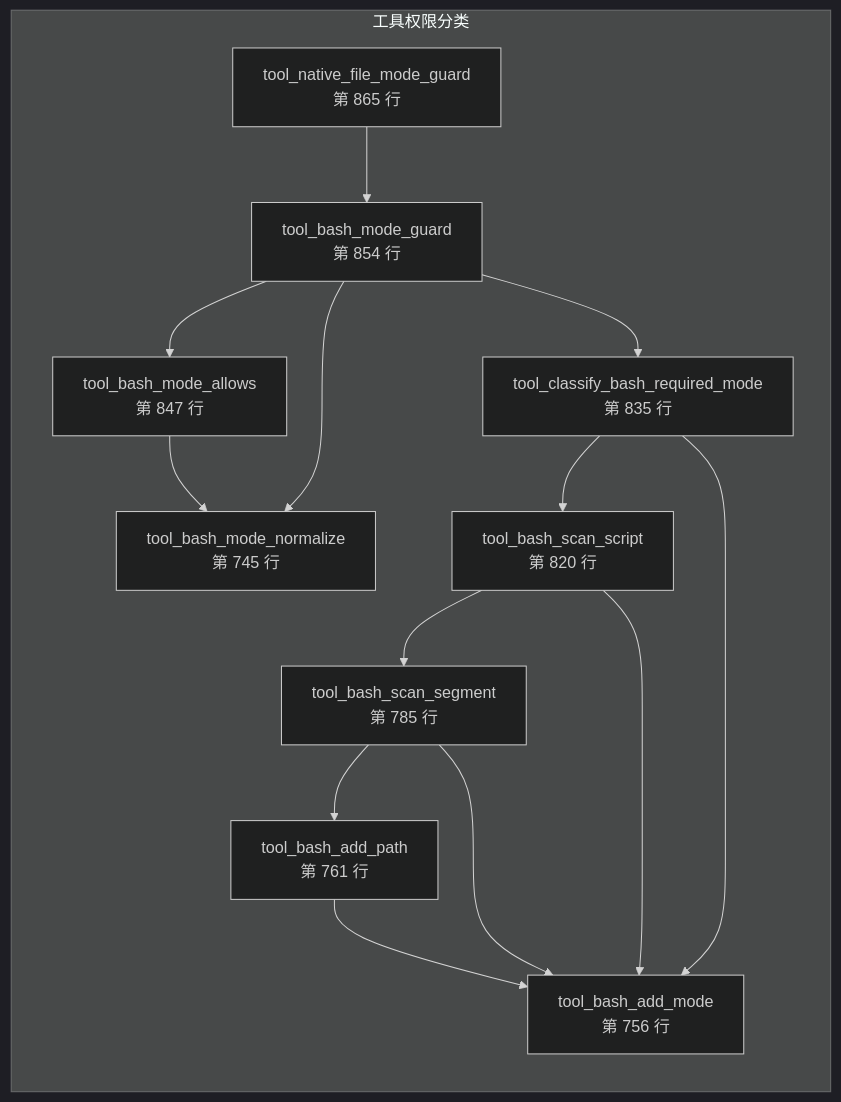
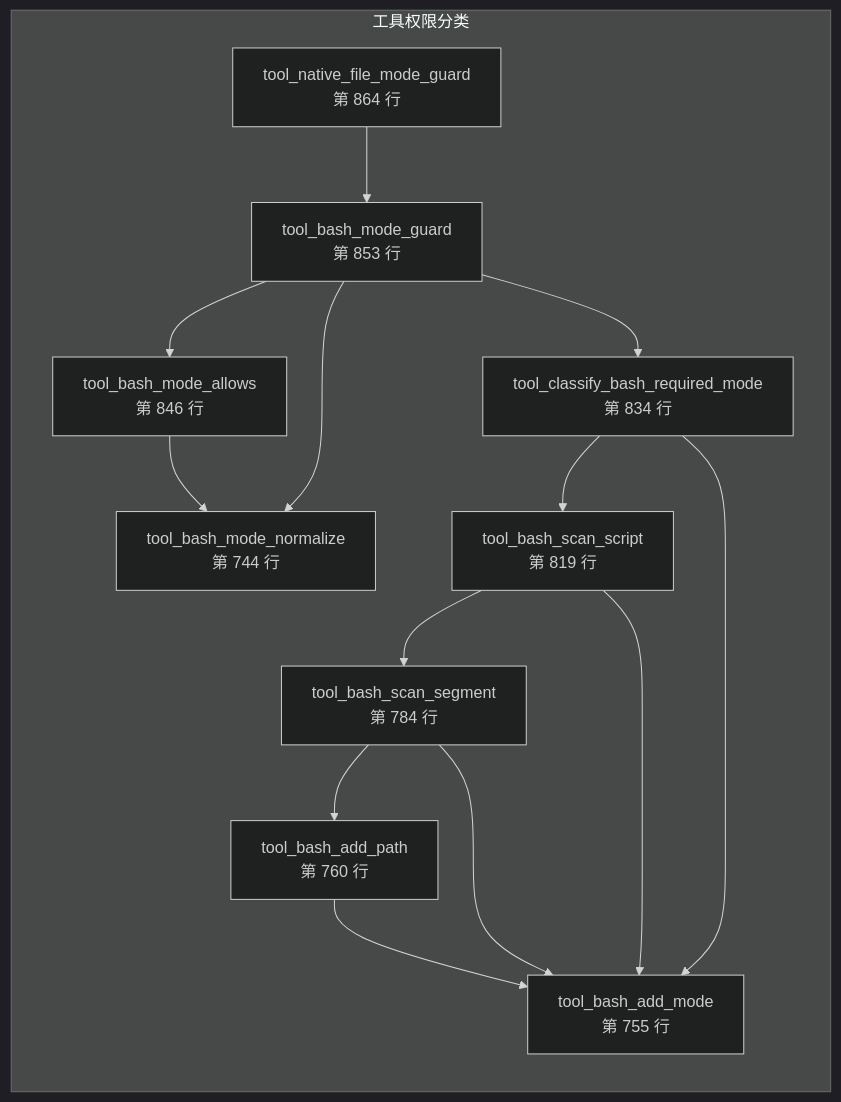
Before and after one commit to lloydzhou/bash-agent: the tenth of 15 diagrams in docs/bash-data-flow.md, drawn with Mermaid (dark theme). The commit also changed other lines of this file and 1 other file, not shown here.

````diff
--- a/docs/bash-data-flow.md
+++ b/docs/bash-data-flow.md
@@ -407,26 +407,26 @@
 ```mermaid
 flowchart LR
   subgraph mod_8["工具权限分类"]
-    f_tool_bash_mode_normalize["tool_bash_mode_normalize<br/>第 745 行"]
-    f_tool_bash_add_mode["tool_bash_add_mode<br/>第 756 行"]
-    f_tool_bash_add_path["tool_bash_add_path<br/>第 761 行"]
-    f_tool_bash_scan_segment["tool_bash_scan_segment<br/>第 785 行"]
-    f_tool_bash_scan_script["tool_bash_scan_script<br/>第 820 行"]
-    f_tool_classify_bash_required_mode["tool_classify_bash_required_mode<br/>第 835 行"]
-    f_tool_bash_mode_allows["tool_bash_mode_allows<br/>第 847 行"]
-    f_tool_bash_mode_guard["tool_bash_mode_guard<br/>第 854 行"]
-    f_tool_native_file_mode_guard["tool_native_file_mode_guard<br/>第 865 行"]
+    f_tool_bash_mode_normalize["tool_bash_mode_normalize<br/>第 744 行"]
+    f_tool_bash_add_mode["tool_bash_add_mode<br/>第 755 行"]
+    f_tool_bash_add_path["tool_bash_add_path<br/>第 760 行"]
+    f_tool_bash_scan_segment["tool_bash_scan_segment<br/>第 784 行"]
+    f_tool_bash_scan_script["tool_bash_scan_script<br/>第 819 行"]
+    f_tool_classify_bash_required_mode["tool_classify_bash_required_mode<br/>第 834 行"]
+    f_tool_bash_mode_allows["tool_bash_mode_allows<br/>第 846 行"]
+    f_tool_bash_mode_guard["tool_bash_mode_guard<br/>第 853 行"]
+    f_tool_native_file_mode_guard["tool_native_file_mode_guard<br/>第 864 行"]
   end
   f_tool_bash_add_path --> f_tool_bash_add_mode
   f_tool_bash_scan_segment --> f_tool_bash_add_mode
   f_tool_bash_scan_segment --> f_tool_bash_add_path
   f_tool_bash_scan_script --> f_tool_bash_add_mode
   f_tool_bash_scan_script --> f_tool_bash_scan_segment
   f_tool_classify_bash_required_mode --> f_tool_bash_scan_script
   f_tool_classify_bash_required_mode --> f_tool_bash_add_mode
   f_tool_bash_mode_allows --> f_tool_bash_mode_normalize
   f_tool_bash_mode_guard --> f_tool_bash_mode_normalize
   f_tool_bash_mode_guard --> f_tool_classify_bash_required_mode
   f_tool_bash_mode_guard --> f_tool_bash_mode_allows
   f_tool_native_file_mode_guard --> f_tool_bash_mode_guard
 ```
````
